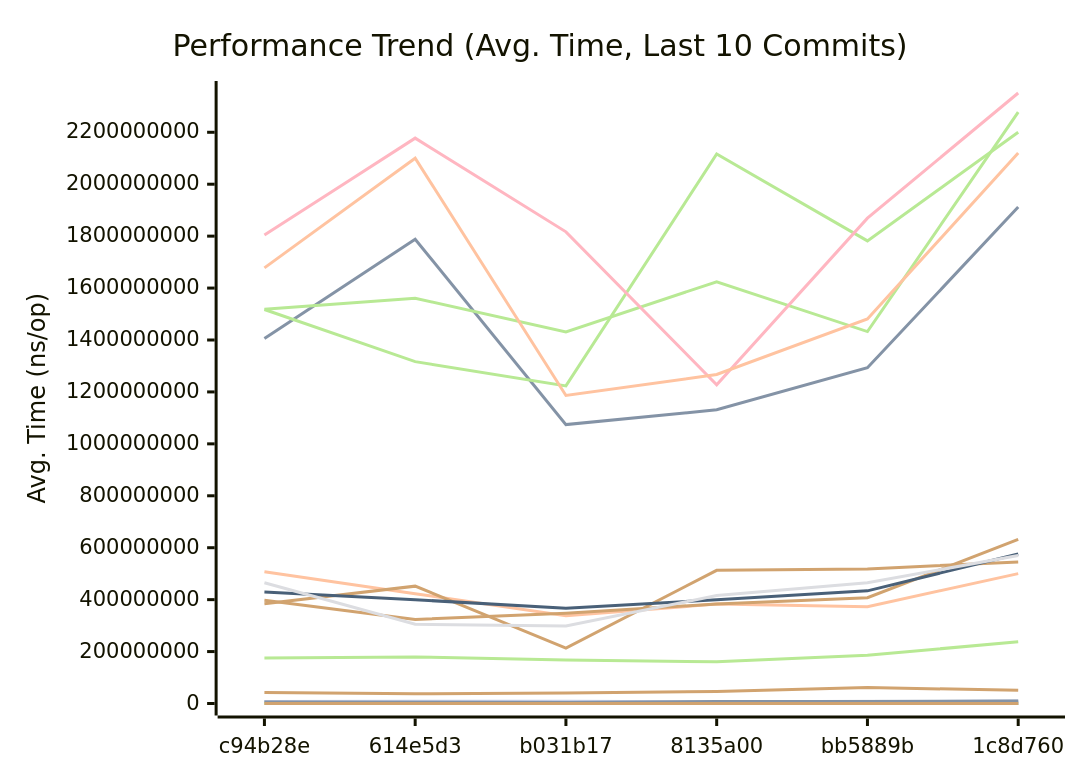
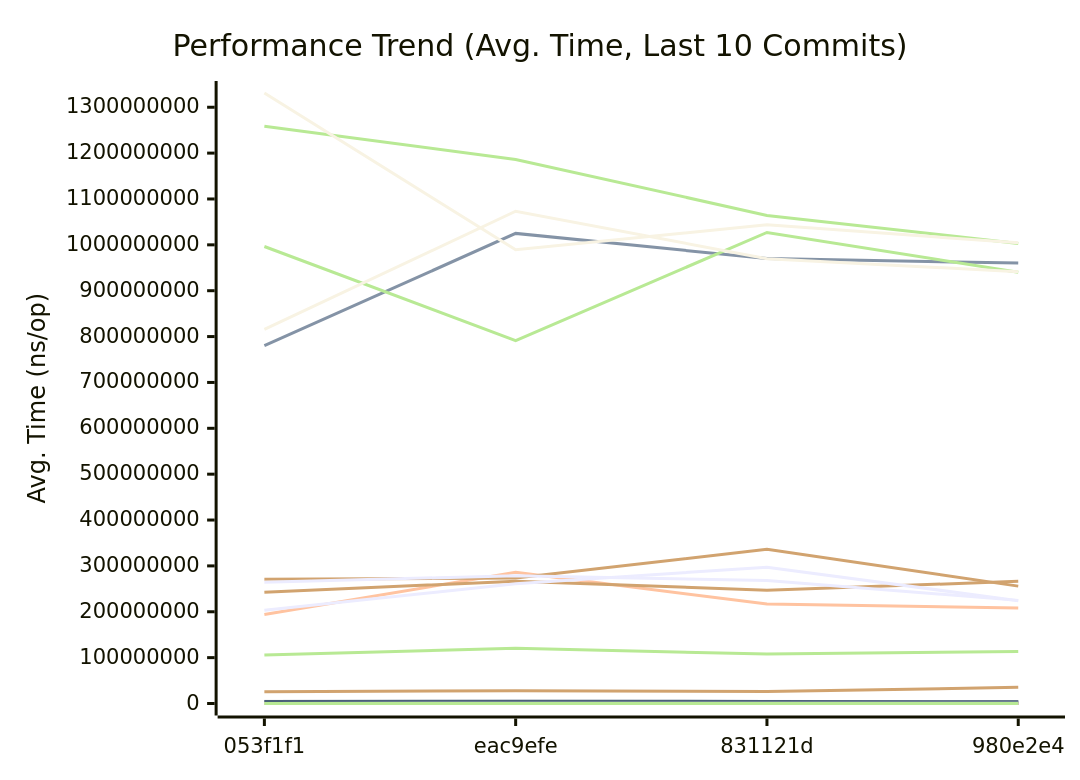
The first of 3 diagrams in docs/REFERENCE/PERFORMANCE.md (alsotoes/momo), drawn with Mermaid before and after one commit. The commit also changed other lines of this file and 1 other file, not shown here.

Commit message:
test(s3): print checksum diagnostics when the compatibility check fails (#1354)

````diff
--- a/docs/REFERENCE/PERFORMANCE.md
+++ b/docs/REFERENCE/PERFORMANCE.md
@@ -303,53 +335,62 @@
 ```mermaid
 xychart-beta
     title "Performance Trend (Avg. Time, Last 10 Commits)"
     x-axis "Commit"
     y-axis "Avg. Time (ns/op)"
-    x-axis [c94b28e,614e5d3,b031b17,8135a00,bb5889b,1c8d760]
-    line "AdaptivePutBlob64KiB" [0,0,0,0,0,0,0,0,0,17]
-    line "AWSChunkedReaderSigned" [680259,833482,953309,627888,785988,1067684,922629,835570,548150,405170]
-    line "AWSChunkedReaderUnsigned" [889133,730853,858757,790951,977586,1009938,957235,977699,406537,398826]
-    line "CheckMetricsAndSwap" [17,10,13,15,17,19,19,15,11,8]
-    line "CrushOptimized" [685,798,468,532,465,1105,686,634,334,265]
-    line "CrushOriginal" [855,1268,698,834,795,4070,916,1020,434,366]
-    line "EtagMatches" [0,0,0,0,0,0,0,0,131,136]
-    line "EtagMatchesSplit" [0,0,0,0,0,0,0,0,258,199]
-    line "FormatListObjectsV2XML_AppendFormat" [1782191,1061116,1008647,1406590,1275364,2945065,1883129,1270213,1042577,433859]
-    line "FormatListObjectsV2XML_OldFormat" [907084,473930,533866,813796,870950,1231705,951687,744615,418249,322740]
-    line "HashBytes/1MiB" [5383828,7555000,5598473,4921734,5879995,7762528,6632796,6072494,3710346,3000269]
-    line "HashBytes/256MiB" [1405443275,1788061102,1074265335,1131266592,1293022873,1911922639,1864794800,1600838236,823282797,726614806]
-    line "HashBytes/64MiB" [507641214,422715939,338237103,382860244,372987075,500199690,515415655,464721050,202044522,200382060]
-    line "HashFile/1MiB" [5618671,6533318,4172609,6261739,5169082,7925836,7984742,6072545,3675098,2969187]
-    line "HashFile/256MiB" [1518211227,1560936348,1431277931,1624300639,1432425639,2277372507,1808278202,1557151244,1000066847,739685958]
-    line "HashFile/64MiB" [397822488,323633746,347435470,383484634,407202955,631755332,456982643,336180629,239489276,218262290]
-    line "IndexDirectTracking" [1,1,1,1,1,1,1,1,0,0]
-    line "IndexSearch" [5,4,4,4,5,5,5,4,3,1]
-    line "LastModifiedHeader_AppendFormat" [453,385,315,376,542,692,554,477,216,278]
-    line "LastModifiedHeader_Format" [635,526,444,488,574,945,740,531,268,229]
-    line "ListPartsTime_AppendFormat" [0,0,0,0,0,0,0,0,147,112]
-    line "ListPartsTime_Format" [0,0,0,0,0,0,0,0,228,131]
-    line "LoadGlobalConfig" [21404,21459,15616,14400,18548,33096,27395,21243,10008,7746]
-    line "LocalWrite/1MiB" [782921,673496,973167,928144,1116026,1101952,948941,944282,1010917,347300]
-    line "LocalWrite/256MiB" [175219427,179514948,167743774,160436947,185677716,237694458,201951766,186460606,117006503,121124511]
-    line "LocalWrite/64MiB" [42014368,37648886,40720206,46095057,61144515,51244002,47739884,44142497,30347924,28019036]
-    line "PadString" [86,67,85,80,88,254,130,105,43,37]
-    line "ParseAWSChunkHeader" [0,0,0,0,0,0,0,0,60,48]
+    x-axis [053f1f1,eac9efe,831121d,980e2e4]
+    line "AdaptivePutBlob64KiB" [11,14,14,17,2,21,22,0,1,1]
+    line "AWSChunkedReaderSigned" [491416,498672,442773,430592,417063,468300,639900,491677,484975,449228]
+    line "AWSChunkedReaderUnsigned" [461568,451388,492050,411358,443710,437322,620229,444225,440294,466771]
+    line "CheckMetricsAndSwap" [9,10,10,9,8,10,13,8,8,9]
+    line "CrushOptimized" [292,400,336,344,308,339,409,360,318,372]
+    line "CrushOriginal" [438,496,496,428,403,445,454,438,434,812]
+    line "EtagMatches" [136,140,163,124,126,140,223,133,175,141]
+    line "EtagMatchesSplit" [258,242,236,222,252,264,409,241,248,268]
+    line "FormatListObjectsV2XML_AppendFormat" [661678,756413,554380,514051,493197,543948,973983,558135,610732,562285]
+    line "FormatListObjectsV2XML_OldFormat" [431853,415522,375614,353709,349122,384501,857573,393886,394080,403890]
+    line "HashBytes/1MiB" [3524523,4375127,4746296,2885465,3263197,3523174,3036895,3768662,2993816,3879379]
+    line "HashBytes/256MiB" [780063614,1024959183,969970227,960250564,764665642,873088794,1067333368,809311354,1040890868,883110234]
+    line "HashBytes/64MiB" [194053876,285996622,217000263,208138371,213360215,225011218,272269344,197507381,203428661,216625736]
+    line "HashFile/1MiB" [3903427,4916313,3947332,3448696,3561886,3644318,3763144,3515901,4383428,3313867]
+    line "HashFile/256MiB" [996414790,790951710,1027044743,940365736,818876196,942556688,1174796734,1003606729,1090615659,1042184224]
+    line "HashFile/64MiB" [242609956,266520347,247083013,266290769,207364669,256458904,242811642,245382100,222858439,246325363]
+    line "IndexDirectTracking" [0,0,0,0,0,0,1,0,0,0]
+    line "IndexSearch" [3,3,3,3,3,3,3,3,3,3]
+    line "LastModifiedHeader_AppendFormat" [259,237,238,183,207,256,460,239,207,256]
+    line "LastModifiedHeader_Format" [299,300,268,257,271,277,465,299,280,290]
+    line "ListPartsTime_AppendFormat" [161,128,140,132,124,129,192,123,142,125]
+    line "ListPartsTime_Format" [179,179,164,148,145,163,241,168,161,172]
+    line "LoadGlobalConfig" [9289,10909,9544,9337,9177,9633,10618,9310,9565,11990]
+    line "LocalWrite/1MiB" [439293,526356,459321,409512,486550,454837,651970,458889,391663,443535]
+    line "LocalWrite/256MiB" [105548151,120360407,107903293,113612827,116258696,108717158,124491133,112889575,107393064,105900301]
+    line "LocalWrite/64MiB" [25671836,27703766,26056870,35220548,25697655,24567179,32300570,26892738,24623141,25033952]
+    line "PadString" [47,46,48,42,41,44,71,45,45,44]
+    line "ParseACLResource_IndexByte" [11,15,13,13,14,11,17,15,12,12]
+    line "ParseACLResource_Split" [12,15,13,10,15,13,14,11,14,10]
+    line "ParseAWSChunkHeader" [58,51,52,45,46,46,80,49,55,46]
+    line "ParseChecksum" [0,422,456,459,420,406,746,372,455,372]
+    line "ParseChecksumDynamicBaseline" [0,1068,1121,919,974,1112,2295,1024,1025,1036]
     line "ParseReplicationOrder_NoPrealloc" [350,349,357,354,345,225,229,165,232,234]
     line "ParseReplicationOrder_Prealloc" [229,231,237,234,229,108,107,80,110,109]
-    line "PheromoneSelectReplica" [0,0,0,0,0,0,0,0,147,100]
-    line "Placement" [11321,10377,7200,8789,8100,27755,9688,11354,4955,4184]
-    line "PlacementDomainSpread" [11792,9468,8229,9655,8934,18491,11295,11204,5022,4314]
-    line "ReadVerify/1MiB" [5670392,7713170,4757418,5869903,8481402,7559053,7811454,5644733,3327797,4498182]
-    line "ReadVerify/256MiB" [1517577657,1316685724,1223335569,2116170500,1781612989,2200381287,1884111924,1695229855,1036046699,780597293]
-    line "ReadVerify/64MiB" [383828668,451931212,213251291,512922822,518387680,545034562,507474576,384974247,220829241,267156263]
-    line "S3PutSpool/1MiB" [7822144,8408058,8591213,6157166,6498512,9327955,8640777,6831278,5035437,4581575]
-    line "S3PutSpool/256MiB" [1803968295,2177507350,1816522977,1227464198,1869122530,2351294741,2169231306,1809657163,1142651067,964616587]
-    line "S3PutSpool/64MiB" [429216770,399626051,367182715,399702230,433842837,576056595,569773006,490049884,397469794,405975024]
-    line "SanitizeLog/Safe" [428,331,547,453,464,721,570,552,226,209]
-    line "SanitizeLog/Unsafe" [1405,1260,1471,1234,1310,2660,1976,1462,820,505]
-    line "TrustedRead/1MiB" [5650216,4830214,4254033,7751297,7357692,9625274,8251662,7395052,4596938,3107216]
-    line "TrustedRead/256MiB" [1677679418,2100324369,1186508654,1267006234,1480761171,2120164443,2079407950,1606816652,915715493,873252194]
-    line "TrustedRead/64MiB" [465018339,305338723,298647819,415837736,464687610,569925858,539820546,397487249,311974463,226161143]
-    line "VolumeGetBlob64KiB" [0,0,0,0,0,0,0,0,0,17]
-    line "VolumePutBlob64KiB" [0,0,0,0,0,0,0,0,0,17]
+    line "PheromoneSelectReplica" [126,142,138,128,120,123,178,137,126,114]
+    line "PickShedTarget" [0,1816,1720,1665,1536,1671,2318,1629,1728,1648]
+    line "Placement" [4762,6056,5033,4727,4693,5013,5313,4933,5174,5438]
+    line "PlacementDomainSpread" [5679,5795,5475,5036,4732,5271,7101,5385,5436,6150]
+    line "ReadVerify/1MiB" [3101042,3485862,4317772,3422384,4738482,3693236,5680984,3813612,3309792,3144581]
+    line "ReadVerify/256MiB" [815690354,1073247430,969819791,941363504,1027502198,1029484334,1180388144,1112466985,881936688,864004369]
+    line "ReadVerify/64MiB" [203319126,261147241,297291525,224149048,284070728,223418590,533274190,245760668,250176364,291141806]
+    line "RebalanceCycle/blobs=100" [0,14,14,17,2,21,22,0,1,1]
+    line "RebalanceCycle/blobs=1000" [0,14,14,17,2,21,22,0,1,1]
+    line "S3PutSpool/1MiB" [4698909,3882087,3964066,3436747,4689509,3612857,4676705,3780904,4547693,4160118]
+    line "S3PutSpool/256MiB" [1258493581,1186248512,1064203667,1003125992,1365636850,948312258,1432229142,1059762625,1023072676,1130146548]
+    line "S3PutSpool/64MiB" [270841111,273742593,336170503,255939705,280357457,258492742,340754480,227811483,284984441,276252938]
+    line "SanitizeLog/Safe" [232,266,301,214,216,271,350,249,228,215]
+    line "SanitizeLog/Unsafe" [674,739,757,598,778,730,1003,778,732,718]
+    line "TrustedRead/1MiB" [4558682,5041465,4592184,3640041,4036530,3413762,5340601,3711264,3410906,3910116]
+    line "TrustedRead/256MiB" [1331059181,989203582,1043718914,1004362597,1114930363,1069392486,1470815982,1006899684,1149756161,904557398]
+    line "TrustedRead/64MiB" [264425803,278622311,268179003,224845504,255128320,264016569,303970524,241657236,258823853,254006766]
+    line "VolumeGetBlob64KiB" [11,14,14,17,2,21,22,0,1,1]
+    line "VolumePutBlob64KiB" [11,14,14,17,2,21,22,0,1,1]
+    line "WriteThrottled/throttled-10Gbps" [0,738907,738939,738869,738881,738925,738926,738895,738887,738901]
+    line "WriteThrottled/unlimited" [0,6,6,6,5,5,8,6,5,5]
 ```
````
